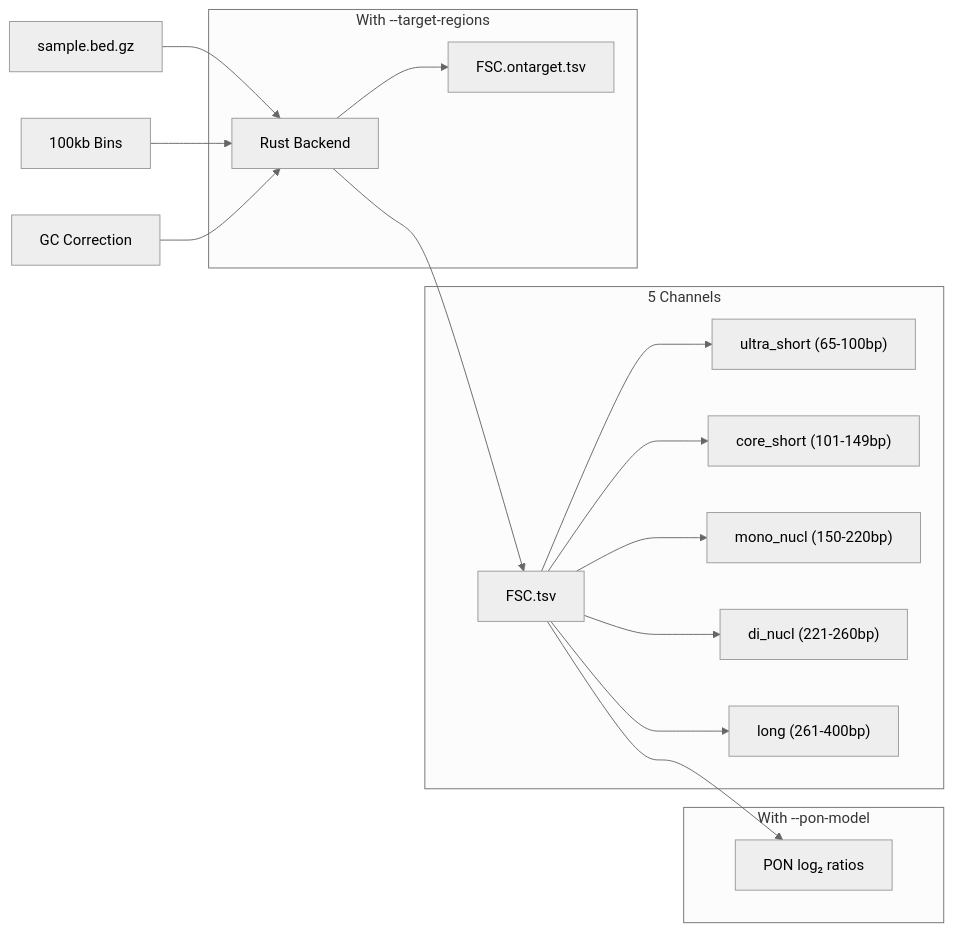
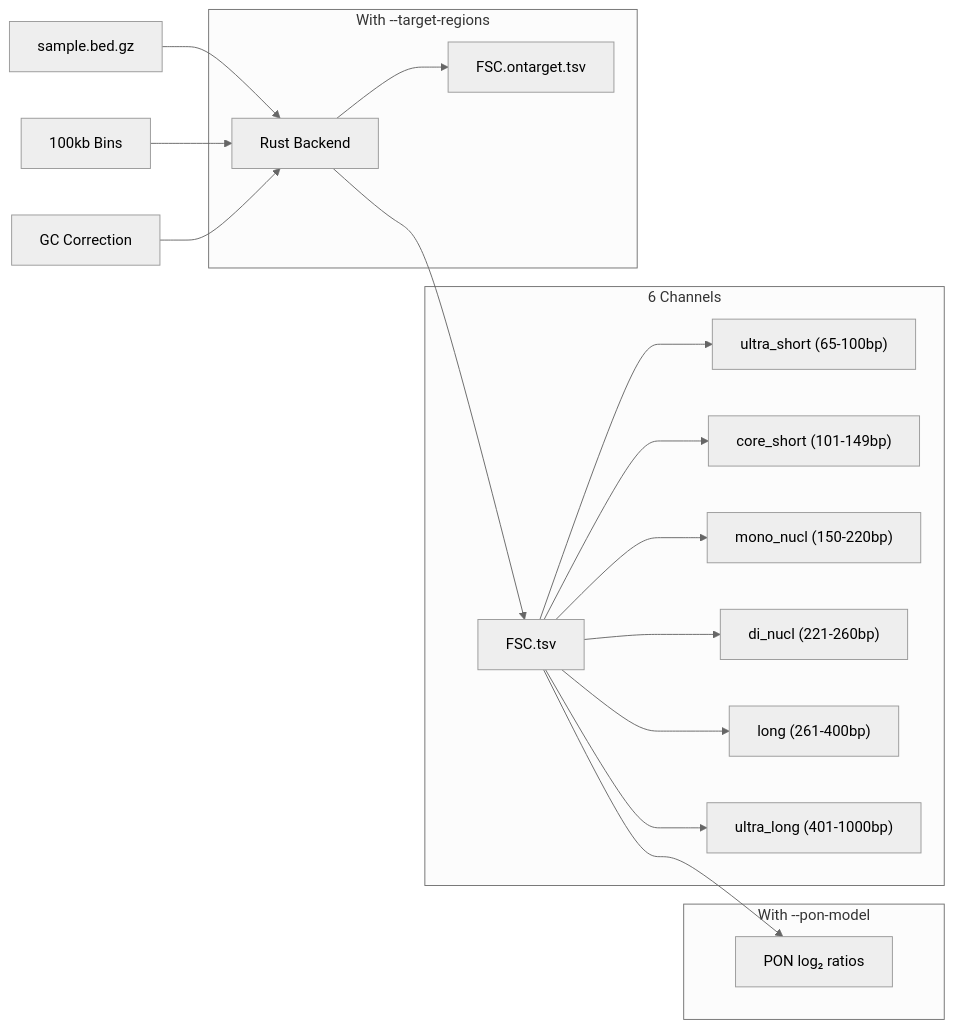
Before and after one commit to msk-access/krewlyzer: the first of 3 diagrams in docs/features/fsc.md, drawn with Mermaid (neutral theme). The commit also changed other lines of this file and 16 other files, not shown here.

````diff
--- a/docs/features/fsc.md
+++ b/docs/features/fsc.md
@@ -55,24 +56,25 @@
 ```mermaid
 flowchart LR
     BED["sample.bed.gz"] --> RUST["Rust Backend"]
     BINS["100kb Bins"] --> RUST
     GC["GC Correction"] --> RUST
     
     RUST --> FSC["FSC.tsv"]
     
-    subgraph "5 Channels"
+    subgraph "6 Channels"
         FSC --> US["ultra_short (65-100bp)"]
         FSC --> CS["core_short (101-149bp)"]
         FSC --> MN["mono_nucl (150-220bp)"]
         FSC --> DN["di_nucl (221-260bp)"]
         FSC --> LG["long (261-400bp)"]
+        FSC --> UL["ultra_long (401-1000bp)"]
     end
     
     subgraph "With --pon-model"
         FSC --> PON["PON log₂ ratios"]
     end
     
     subgraph "With --target-regions"
         RUST --> FSC_ON["FSC.ontarget.tsv"]
     end
 ```
````
